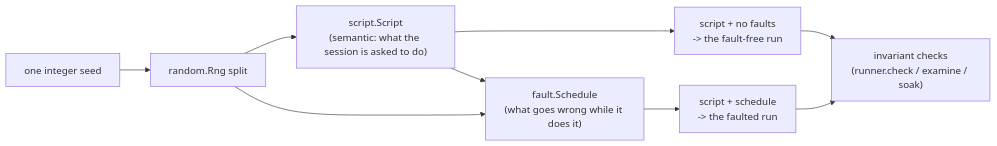
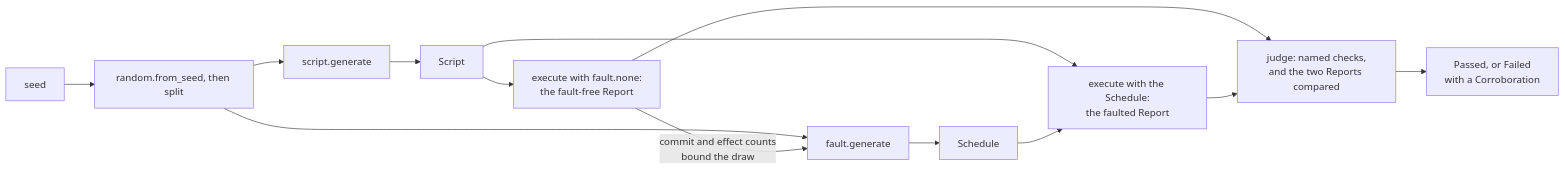
The second of 3 diagrams in packages/conformance/README.md (Roasbeef/loom), drawn with Mermaid before and after one commit. The commit also changed other lines of this file, not shown here.

First line of the commit message:
conformance: correct the simulation flow and keying

````diff
--- a/packages/conformance/README.md
+++ b/packages/conformance/README.md
@@ -31,16 +56,15 @@
 ```mermaid
 flowchart LR
-    Seed["one integer seed"]
-    Split["random.Rng split"]
-    Script["script.Script<br/>(semantic: what the session is asked to do)"]
-    Sched["fault.Schedule<br/>(what goes wrong while it does it)"]
-    Free["script + no faults<br/>-> the fault-free run"]
-    Faulted["script + schedule<br/>-> the faulted run"]
-    Checks["invariant checks<br/>(runner.check / examine / soak)"]
-
-    Seed --> Split
-    Split --> Script
-    Split --> Sched
-    Script --> Free --> Checks
-    Script --> Sched --> Faulted --> Checks
+    Seed["seed"] --> Rng["random.from_seed, then split"]
+    Rng --> ScriptGen["script.generate"]
+    Rng --> FaultGen["fault.generate"]
+    ScriptGen --> Script["Script"]
+    Script --> Free["execute with fault.none:<br/>the fault-free Report"]
+    Free -->|"commit and effect counts<br/>bound the draw"| FaultGen
+    FaultGen --> Sched["Schedule"]
+    Script --> Faulted["execute with the Schedule:<br/>the faulted Report"]
+    Sched --> Faulted
+    Free --> Judge["judge: named checks,<br/>and the two Reports compared"]
+    Faulted --> Judge
+    Judge --> Verdict["Passed, or Failed<br/>with a Corroboration"]
 ```
````
